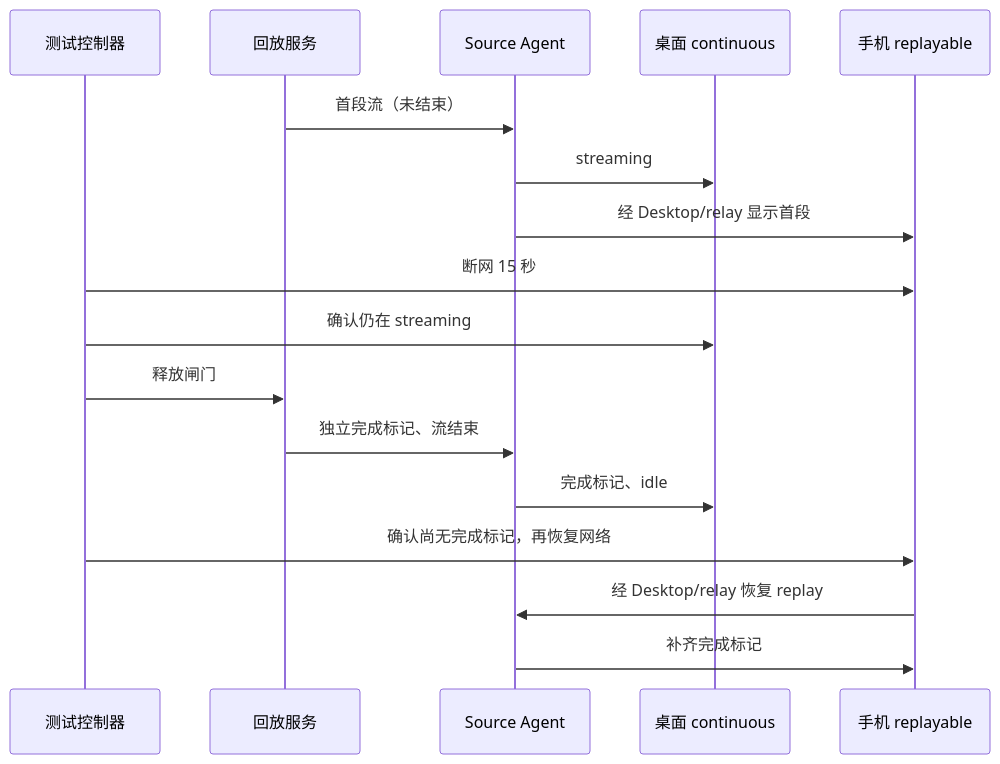
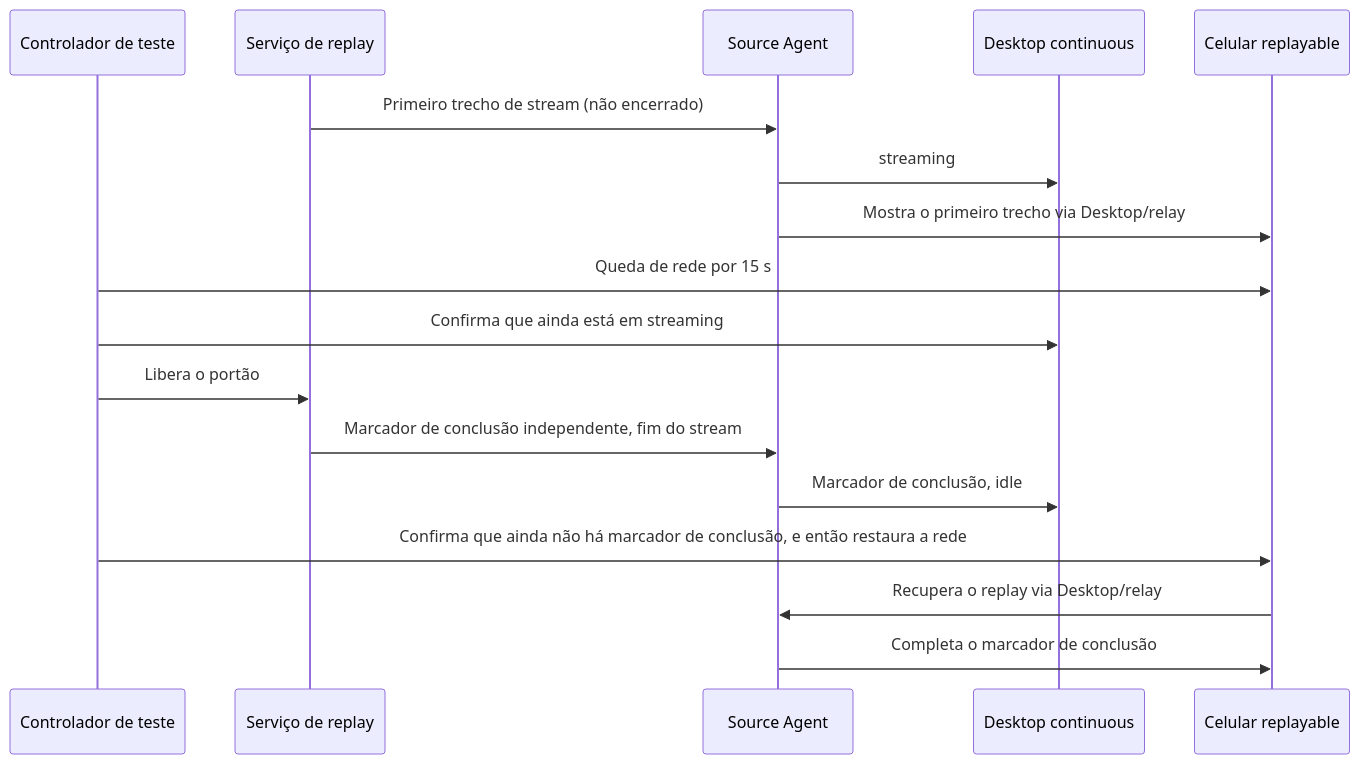
The diagram in docs/testing/r3-remote-server-harness.md (JoaoNetoDev/BR-Code), drawn with Mermaid before and after one commit. The commit also changed other lines of this file and 177 other files, not shown here.

````diff
--- a/docs/testing/r3-remote-server-harness.md
+++ b/docs/testing/r3-remote-server-harness.md
@@ -553,19 +530,19 @@
 ```mermaid
 sequenceDiagram
-  participant T as 测试控制器
-  participant F as 回放服务
+  participant T as Controlador de teste
+  participant F as Serviço de replay
   participant S as Source Agent
-  participant D as 桌面 continuous
-  participant M as 手机 replayable
-  F->>S: 首段流（未结束）
+  participant D as Desktop continuous
+  participant M as Celular replayable
+  F->>S: Primeiro trecho de stream (não encerrado)
   S->>D: streaming
-  S->>M: 经 Desktop/relay 显示首段
-  T->>M: 断网 15 秒
-  T->>D: 确认仍在 streaming
-  T->>F: 释放闸门
-  F->>S: 独立完成标记、流结束
-  S->>D: 完成标记、idle
-  T->>M: 确认尚无完成标记，再恢复网络
-  M->>S: 经 Desktop/relay 恢复 replay
-  S->>M: 补齐完成标记
+  S->>M: Mostra o primeiro trecho via Desktop/relay
+  T->>M: Queda de rede por 15 s
+  T->>D: Confirma que ainda está em streaming
+  T->>F: Libera o portão
+  F->>S: Marcador de conclusão independente, fim do stream
+  S->>D: Marcador de conclusão, idle
+  T->>M: Confirma que ainda não há marcador de conclusão, e então restaura a rede
+  M->>S: Recupera o replay via Desktop/relay
+  S->>M: Completa o marcador de conclusão
 ```
````
